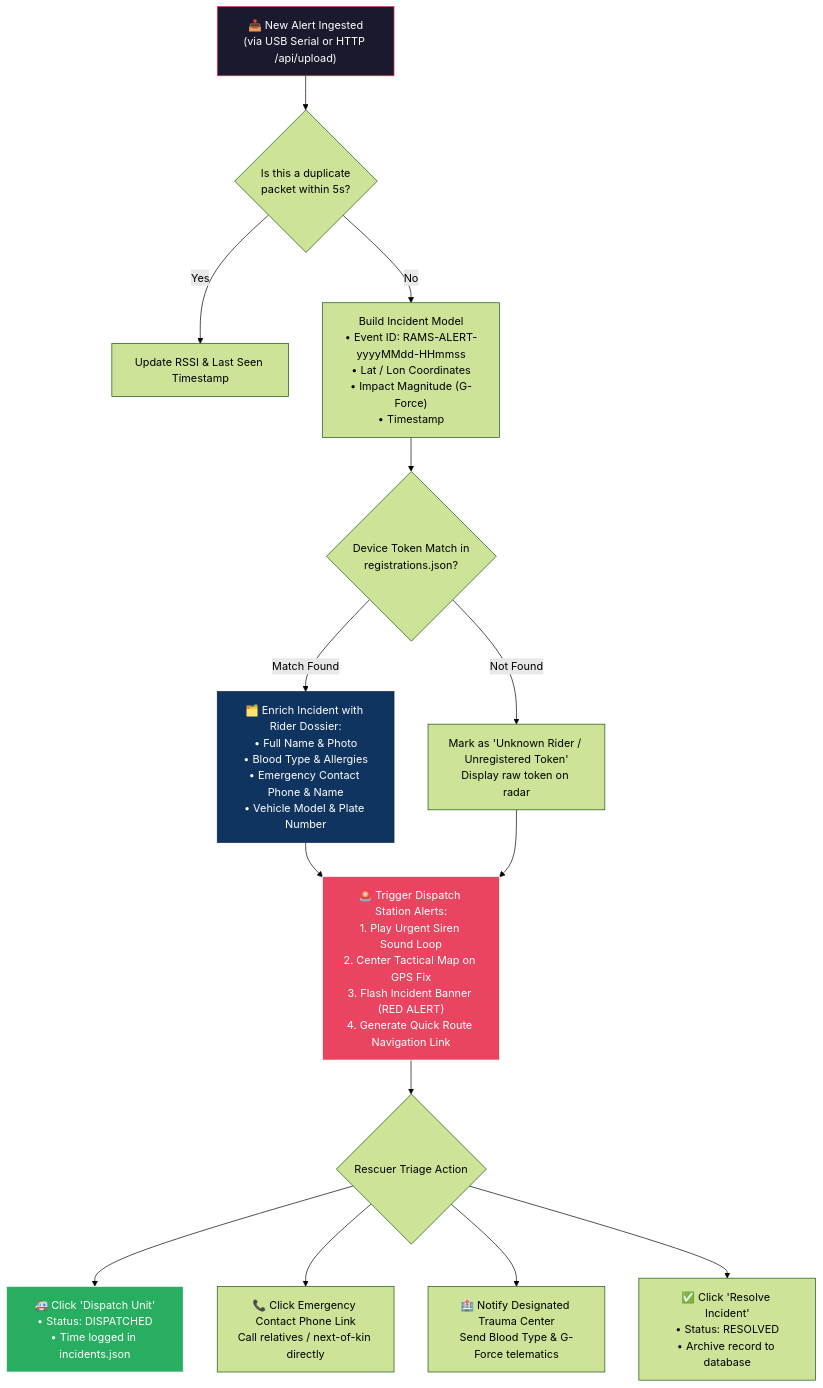
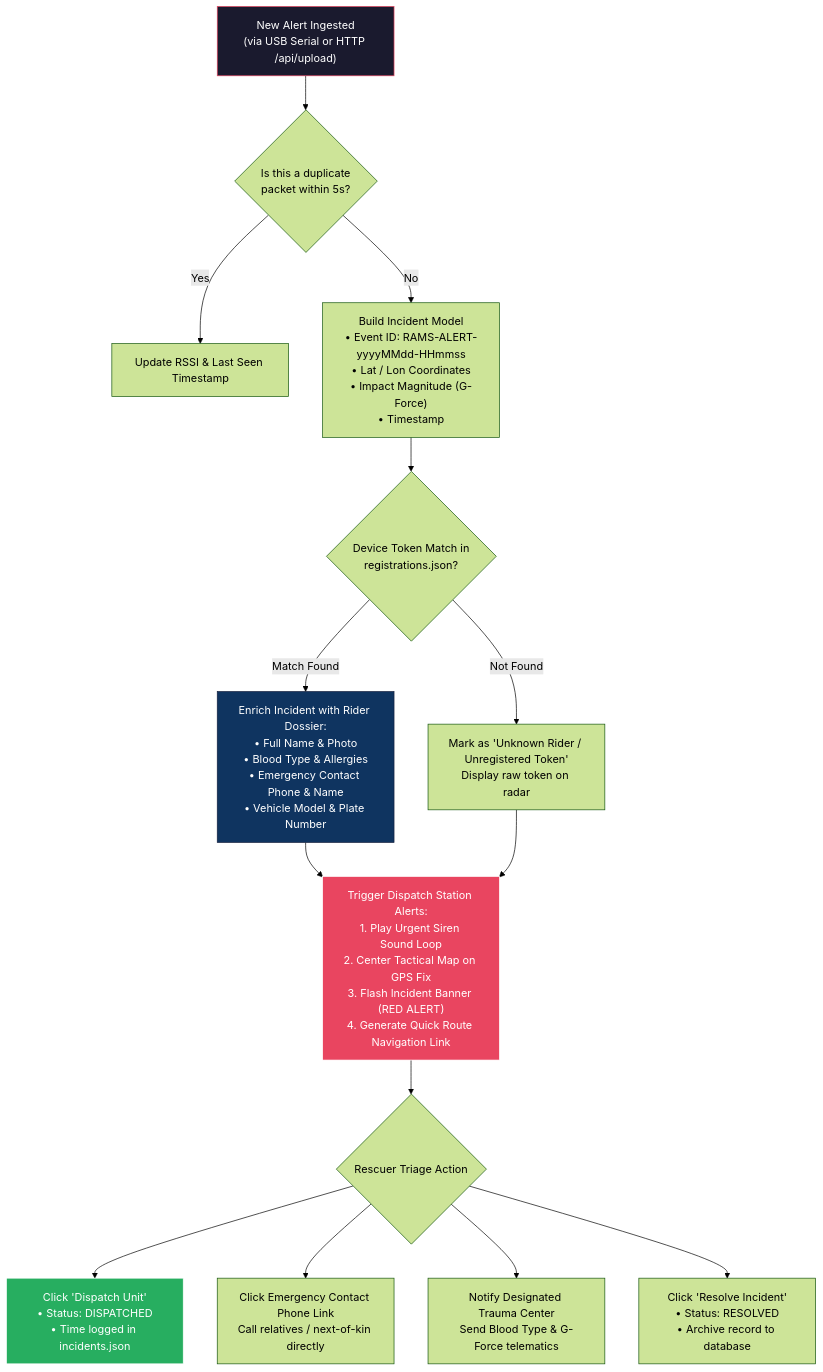
One commit to JanClyde05/Road-Accident-Monitoring-System changed the fifth of 7 diagrams in docs/MD Files/System_Flow_Flowchart.md. Above: the diagram before and after it, drawn with Mermaid (forest theme). The commit also changed other lines of this file and 22 other files, not shown here.

````diff
--- a/docs/MD Files/System_Flow_Flowchart.md
+++ b/docs/MD Files/System_Flow_Flowchart.md
@@ -222,29 +230,29 @@
 ```mermaid
 flowchart TD
-    PACKET_IN["📥 New Alert Ingested\n(via USB Serial or HTTP /api/upload)"] --> DEDUPL{"Is this a duplicate\npacket within 5s?"}
+    PACKET_IN["New Alert Ingested\n(via USB Serial or HTTP /api/upload)"] --> DEDUPL{"Is this a duplicate\npacket within 5s?"}
     
     DEDUPL -- Yes --> UPDATE_RSSI["Update RSSI & Last Seen Timestamp"]
     DEDUPL -- No --> PARSE_EVT["Build Incident Model\n• Event ID: RAMS-ALERT-yyyyMMdd-HHmmss\n• Lat / Lon Coordinates\n• Impact Magnitude (G-Force)\n• Timestamp"]
 
     PARSE_EVT --> PROFILE_MATCH{"Device Token Match in\nregistrations.json?"}
     
-    PROFILE_MATCH -- "Match Found" --> HYDRATE["🗂️ Enrich Incident with Rider Dossier:\n• Full Name & Photo\n• Blood Type & Allergies\n• Emergency Contact Phone & Name\n• Vehicle Model & Plate Number"]
+    PROFILE_MATCH -- "Match Found" --> HYDRATE["Enrich Incident with Rider Dossier:\n• Full Name & Photo\n• Blood Type & Allergies\n• Emergency Contact Phone & Name\n• Vehicle Model & Plate Number"]
     PROFILE_MATCH -- "Not Found" --> UNREGISTERED["Mark as 'Unknown Rider / Unregistered Token'\nDisplay raw token on radar"]
 
     HYDRATE --> UI_UPDATE
     UNREGISTERED --> UI_UPDATE
 
-    UI_UPDATE["🚨 Trigger Dispatch Station Alerts:\n1. Play Urgent Siren Sound Loop\n2. Center Tactical Map on GPS Fix\n3. Flash Incident Banner (RED ALERT)\n4. Generate Quick Route Navigation Link"]
+    UI_UPDATE["Trigger Dispatch Station Alerts:\n1. Play Urgent Siren Sound Loop\n2. Center Tactical Map on GPS Fix\n3. Flash Incident Banner (RED ALERT)\n4. Generate Quick Route Navigation Link"]
 
     UI_UPDATE --> RESCUER_ACTION{"Rescuer Triage Action"}
 
-    RESCUER_ACTION --> ACK["🚑 Click 'Dispatch Unit'\n• Status: DISPATCHED\n• Time logged in incidents.json"]
-    RESCUER_ACTION --> CALL_CONTACT["📞 Click Emergency Contact Phone Link\nCall relatives / next-of-kin directly"]
-    RESCUER_ACTION --> HOSP["🏥 Notify Designated Trauma Center\nSend Blood Type & G-Force telematics"]
-    RESCUER_ACTION --> RESOLVE["✅ Click 'Resolve Incident'\n• Status: RESOLVED\n• Archive record to database"]
+    RESCUER_ACTION --> ACK["Click 'Dispatch Unit'\n• Status: DISPATCHED\n• Time logged in incidents.json"]
+    RESCUER_ACTION --> CALL_CONTACT["Click Emergency Contact Phone Link\nCall relatives / next-of-kin directly"]
+    RESCUER_ACTION --> HOSP["Notify Designated Trauma Center\nSend Blood Type & G-Force telematics"]
+    RESCUER_ACTION --> RESOLVE["Click 'Resolve Incident'\n• Status: RESOLVED\n• Archive record to database"]
 
     style PACKET_IN fill:#1a1a2e,stroke:#e94560,color:#fff
     style HYDRATE fill:#0f3460,stroke:#16213e,color:#fff
     style UI_UPDATE fill:#e94560,stroke:#fff,color:#fff
     style ACK fill:#27ae60,stroke:#fff,color:#fff
 ```
````
